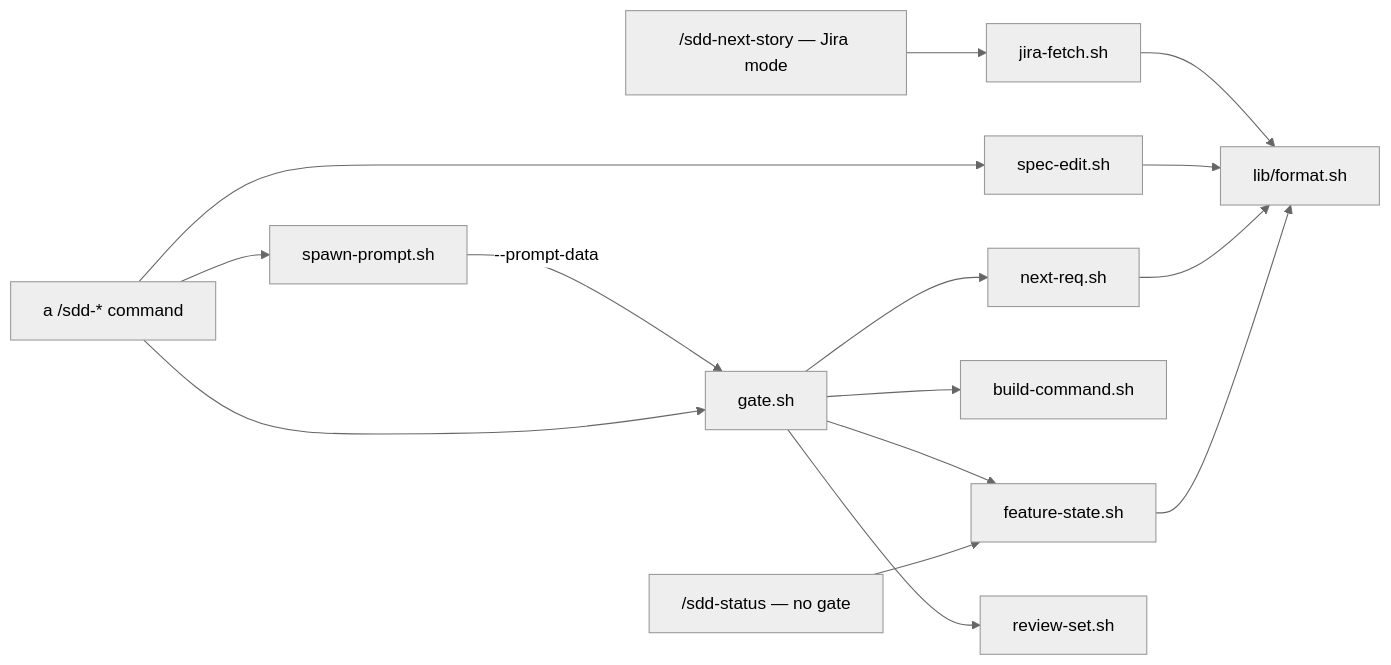
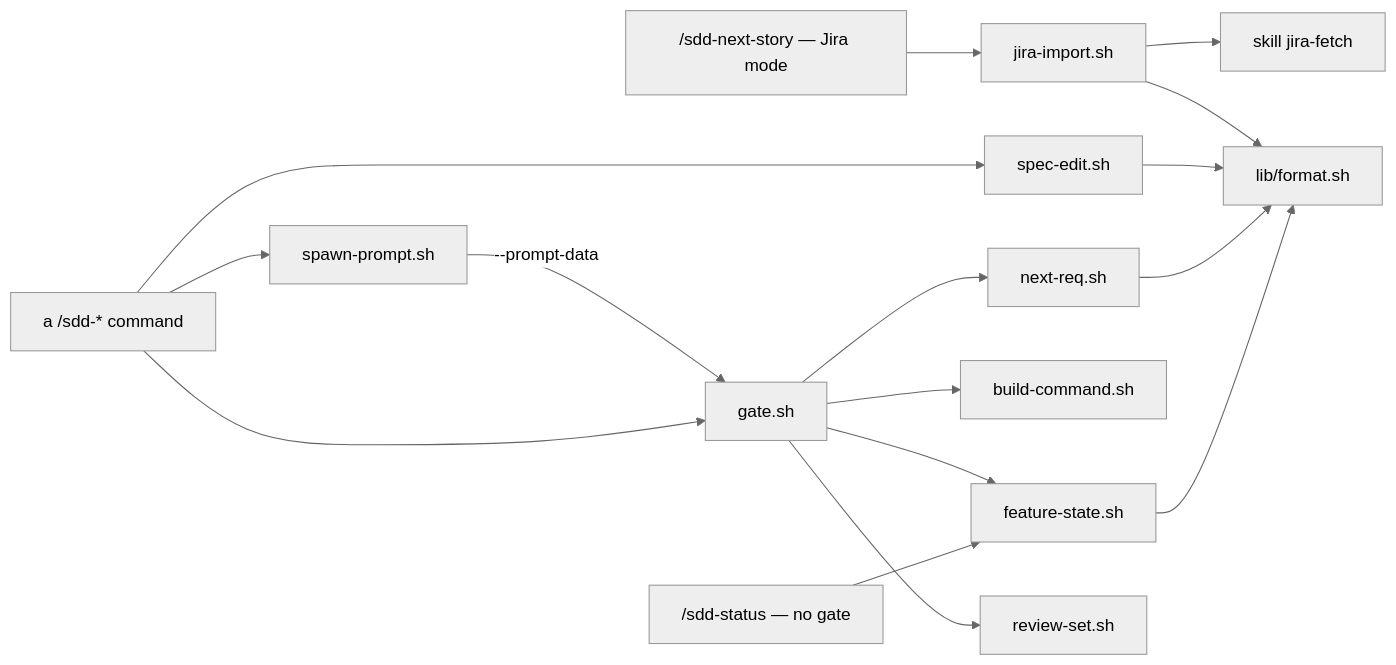
The second of 2 diagrams in ENGINE.md (akolpako/sdd-kit), drawn with Mermaid (neutral theme) before and after one commit. The commit also changed other lines of this file and 69 other files, not shown here.

Commit message:
jira and confluence fetch skills

````diff
--- a/ENGINE.md
+++ b/ENGINE.md
@@ -210,17 +210,18 @@
 ```mermaid
 flowchart LR
     CMD["a /sdd-* command"] --> GATE["gate.sh"]
     CMD --> SE["spec-edit.sh"]
     CMD --> SPN["spawn-prompt.sh"]
-    NS["/sdd-next-story — Jira mode"] --> JF["jira-fetch.sh"]
+    NS["/sdd-next-story — Jira mode"] --> JI["jira-import.sh"]
+    JI --> JF["skill jira-fetch"]
     ST["/sdd-status — no gate"] --> FS["feature-state.sh"]
     SPN -->|"--prompt-data"| GATE
     GATE --> FS
     GATE --> BC["build-command.sh"]
     GATE --> NR["next-req.sh"]
     GATE --> RS["review-set.sh"]
     FS --> FMT["lib/format.sh"]
     NR --> FMT
     SE --> FMT
-    JF --> FMT
+    JI --> FMT
 ```
````
